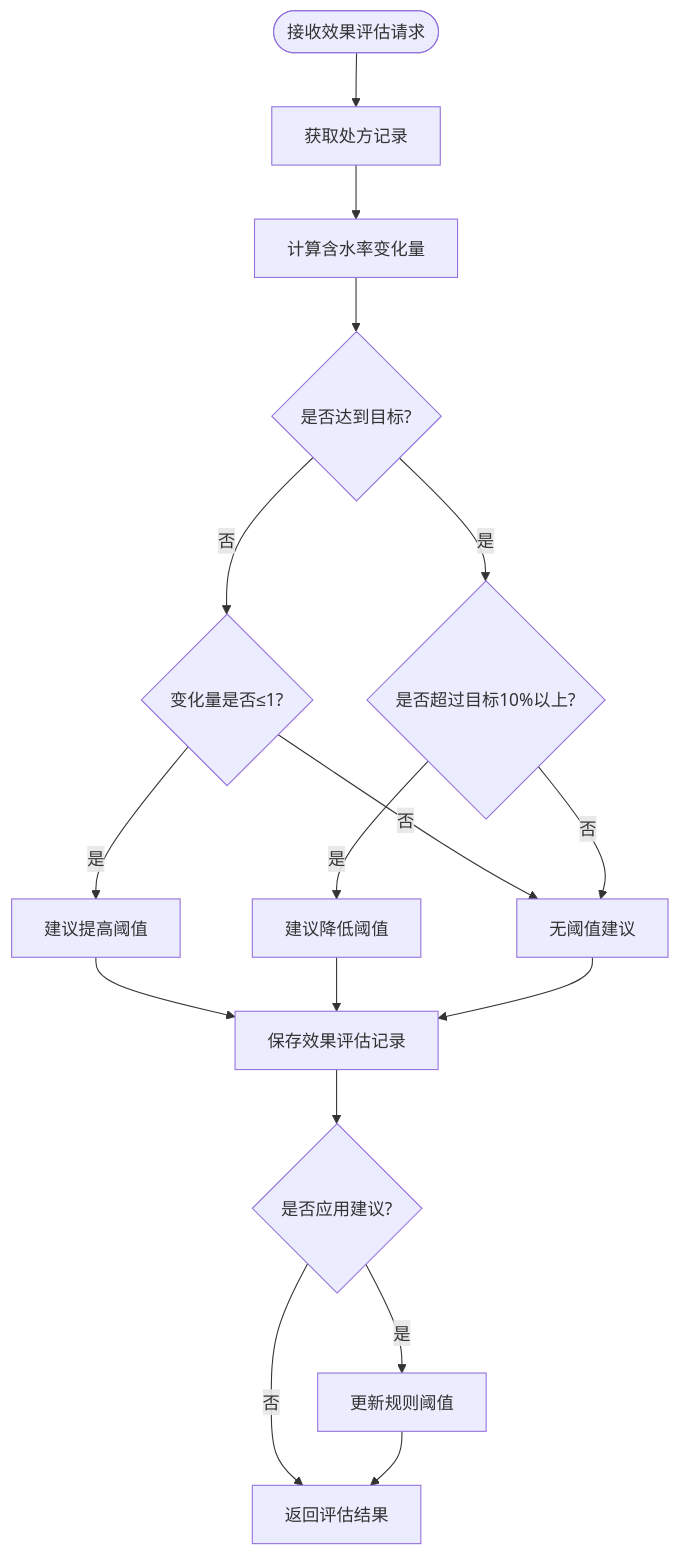
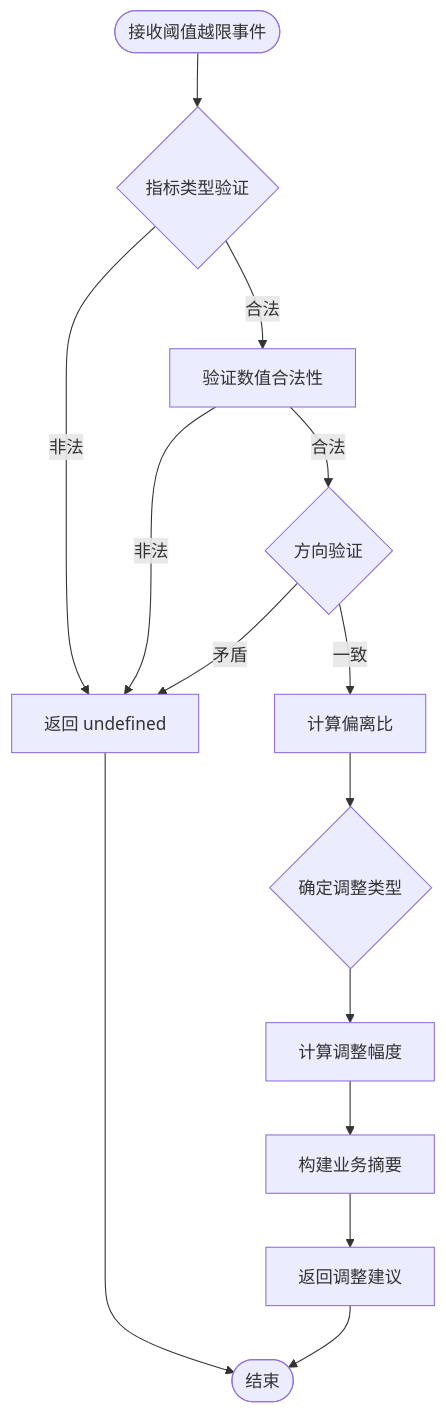
Before and after one commit to q446328246/agri-platform: diagram 14 of 15 in .qoder/repowiki/zh/content/核心服务文档/智能决策服务/智能决策服务.md, drawn with Mermaid. The commit also changed other lines of this file and 46 other files, not shown here.

````diff
--- a/.qoder/repowiki/zh/content/核心服务文档/智能决策服务/智能决策服务.md
+++ b/.qoder/repowiki/zh/content/核心服务文档/智能决策服务/智能决策服务.md
@@ -888,19 +990,16 @@
 ```mermaid
 flowchart TD
-Start(["接收效果评估请求"]) --> GetPrescription["获取处方记录"]
-GetPrescription --> CalculateDelta["计算含水率变化量"]
-CalculateDelta --> CheckEffective{"是否达到目标?"}
-CheckEffective --> |否| CheckSmallChange{"变化量是否≤1?"}
-CheckSmallChange --> |是| SuggestIncrease["建议提高阈值"]
-CheckSmallChange --> |否| NoSuggestion["无阈值建议"]
-CheckEffective --> |是| CheckOvershoot{"是否超过目标10%以上?"}
-CheckOvershoot --> |是| SuggestDecrease["建议降低阈值"]
-CheckOvershoot --> |否| NoSuggestion
-SuggestIncrease --> SaveOutcome["保存效果评估记录"]
-SuggestDecrease --> SaveOutcome
-NoSuggestion --> SaveOutcome
-SaveOutcome --> ApplySuggestion{"是否应用建议?"}
-ApplySuggestion --> |是| UpdateRule["更新规则阈值"]
-ApplySuggestion --> |否| ReturnResult["返回评估结果"]
-UpdateRule --> ReturnResult
+Start(["接收阈值越限事件"]) --> ValidateMetric{"指标类型验证"}
+ValidateMetric --> |非法| ReturnUndefined["返回 undefined"]
+ValidateMetric --> |合法| ValidateValues["验证数值合法性"]
+ValidateValues --> |非法| ReturnUndefined
+ValidateValues --> |合法| CheckDirection{"方向验证"}
+CheckDirection --> |矛盾| ReturnUndefined
+CheckDirection --> |一致| CalcDeviation["计算偏离比"]
+CalcDeviation --> DetermineKind{"确定调整类型"}
+DetermineKind --> CalcDosage["计算调整幅度"]
+CalcDosage --> BuildSummary["构建业务摘要"]
+BuildSummary --> ReturnAdjustment["返回调整建议"]
+ReturnUndefined --> End(["结束"])
+ReturnAdjustment --> End
 ```
````
